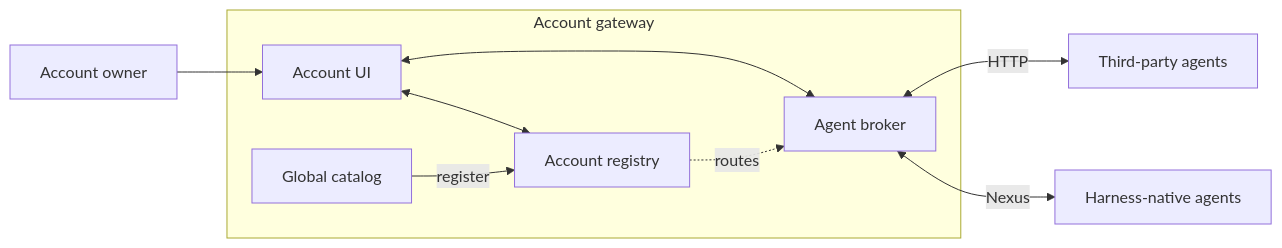
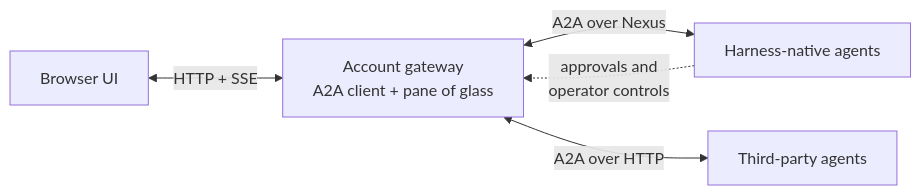
The first of 3 diagrams in examples/nexus_hello/README.md (temporal-community/temporal-agent-harness), drawn with Mermaid before and after one commit. The commit also changed other lines of this file and 39 other files, not shown here.

````diff
--- a/examples/nexus_hello/README.md
+++ b/examples/nexus_hello/README.md
@@ -61,17 +23,9 @@
 ```mermaid
 flowchart LR
-    Owner[Account owner] --> UI[Account UI]
+    Browser[Browser UI] <-->|HTTP + SSE| Gateway[Account gateway<br/>A2A client + pane of glass]
 
-    subgraph Gateway[Account gateway]
-        Catalog[Global catalog]
-        Registry[Account registry]
-        Broker[Agent broker]
-        Catalog -->|register| Registry
-        UI <--> Registry
-        UI <--> Broker
-    end
+    Gateway <-->|A2A over Nexus| Native[Harness-native agents]
+    Gateway <-->|A2A over HTTP| External[Third-party agents]
 
-    Registry -. routes .-> Broker
-    Broker <-->|Nexus| Native[Harness-native agents]
-    Broker <-->|HTTP| External[Third-party agents]
+    Native -. approvals and<br/>operator controls .-> Gateway
 ```
````
